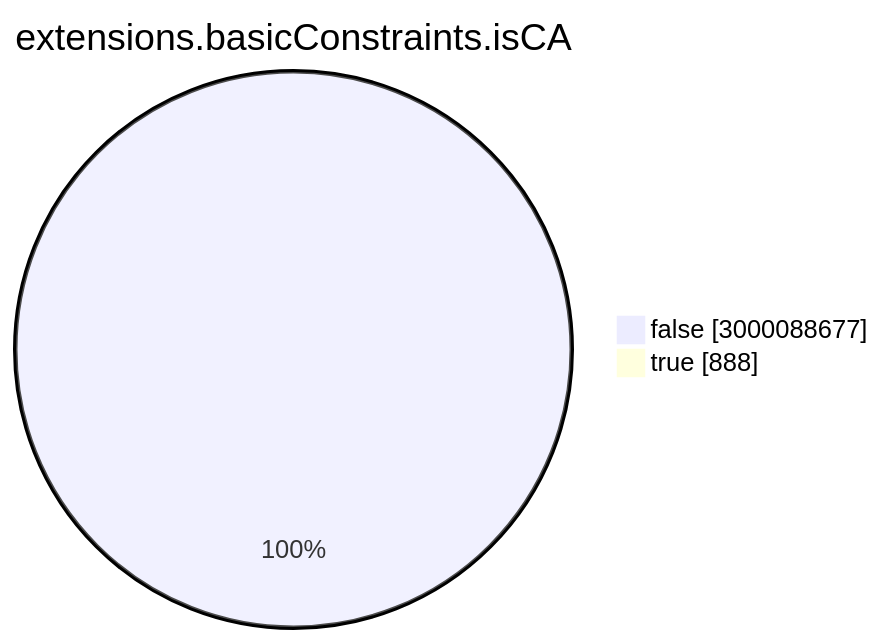
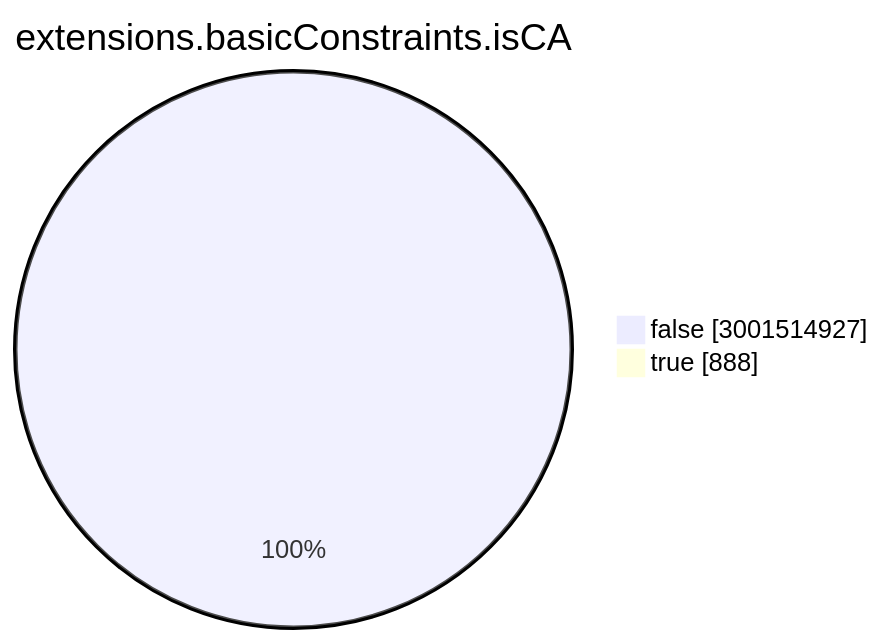
The seventh of 15 diagrams in TOTAL/README.md (christiankrug/ctmonitor_visualization), drawn with Mermaid before and after one commit. The commit also changed other lines of this file, not shown here.

````diff
--- a/TOTAL/README.md
+++ b/TOTAL/README.md
@@ -3079,6 +3079,6 @@
 ```mermaid
 pie showData
 title extensions.basicConstraints.isCA
-"false" :3000088677
+"false" :3001514927
 "true" :888
 ```
````
